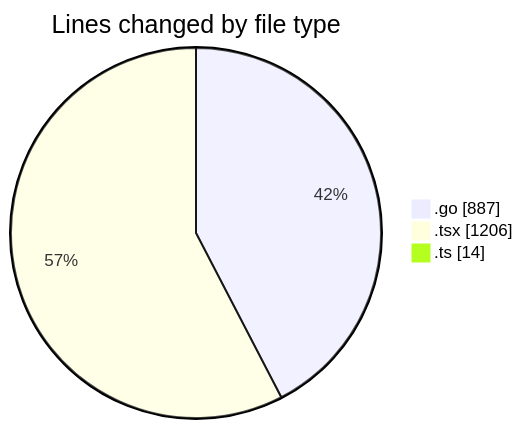
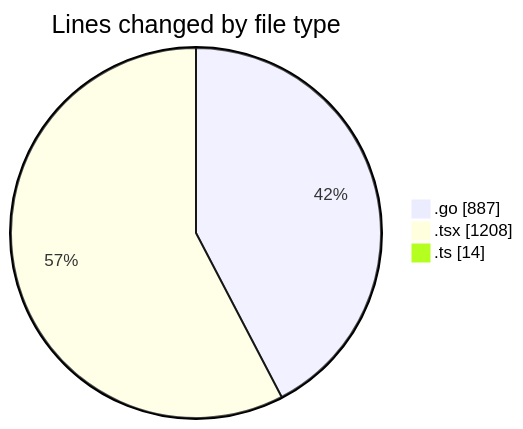
One commit to robertbonfada/code-tracking changed the first of 2 diagrams in 2025-03-05/termonied_testador/README.md. Above: the diagram before and after it, drawn with Mermaid. The commit also changed other lines of this file and 1 other file, not shown here.

````diff
--- a/2025-03-05/termonied_testador/README.md
+++ b/2025-03-05/termonied_testador/README.md
@@ -27,7 +27,7 @@
 ```mermaid
 pie showData
 title Lines changed by file type
 ".go" : 887
-".tsx" : 1206
+".tsx" : 1208
 ".ts" : 14
 ```
````
